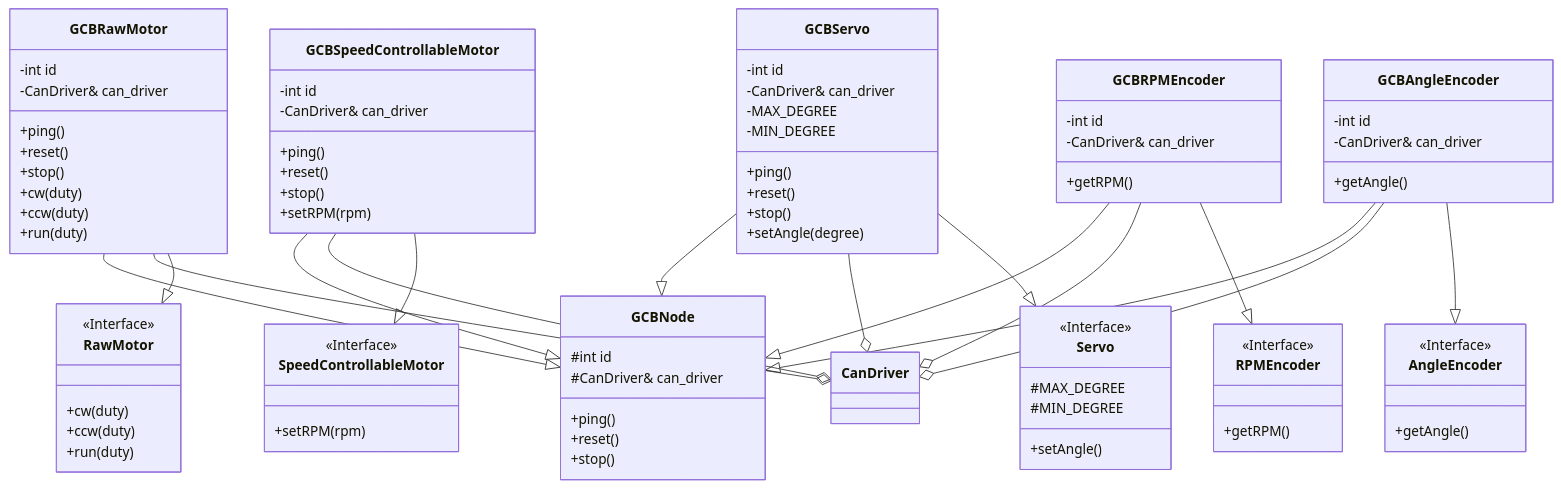
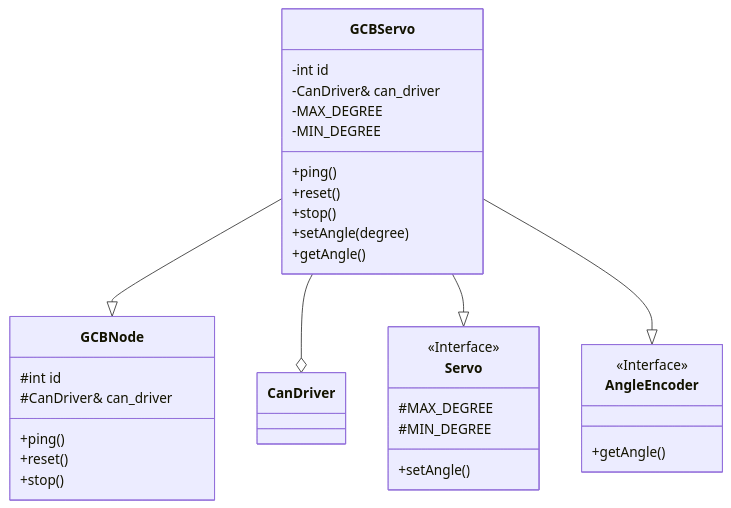
Before and after one commit to NiiRoboKen/general-circuit-board-master: the third of 4 diagrams in docs/class-design.md, drawn with Mermaid. The commit also changed other lines of this file, not shown here.

````diff
--- a/docs/class-design.md
+++ b/docs/class-design.md
@@ -5,35 +75,5 @@
 ```mermaid
 classDiagram
-
-class GCBNode {
-    #int id
-    #CanDriver& can_driver
-    +ping()
-    +reset()
-    +stop()
-}
-
-class CanDriver
-
-class GCBRawMotor {
-    -int id
-    -CanDriver& can_driver
-    +ping()
-    +reset()
-    +stop()
-    +cw(duty)
-    +ccw(duty)
-    +run(duty)
-}
-
-class GCBSpeedControllableMotor {
-    -int id
-    -CanDriver& can_driver
-    +ping()
-    +reset()
-    +stop()
-    +setRPM(rpm)
-}
 
 class GCBServo {
     -int id
@@ -44,30 +84,15 @@
     +reset()
     +stop()
     +setAngle(degree)
-}
-
-class GCBRPMEncoder {
-    -int id
-    -CanDriver& can_driver
-    +getRPM()
-}
-
-class GCBAngleEncoder {
-    -int id
-    -CanDriver& can_driver
     +getAngle()
 }
 
-class RawMotor {
-    <<Interface>>
-    +cw(duty)
-    +ccw(duty)
-    +run(duty)
-}
-
-class SpeedControllableMotor {
-    <<Interface>>
-    +setRPM(rpm)
+class GCBNode {
+    #int id
+    #CanDriver& can_driver
+    +ping()
+    +reset()
+    +stop()
 }
 
 class Servo {
@@ -77,30 +102,13 @@
     +setAngle()
 }
 
-class RPMEncoder {
-    <<Interface>>
-    +getRPM()
-}
-
 class AngleEncoder {
     <<Interface>>
     +getAngle()
 }
 
-GCBRawMotor --|> GCBNode
-GCBRawMotor --o CanDriver
-GCBRawMotor --|> RawMotor
-GCBSpeedControllableMotor --|> GCBNode
-GCBSpeedControllableMotor --o CanDriver
-GCBSpeedControllableMotor --|> SpeedControllableMotor
 GCBServo --|> GCBNode
 GCBServo --o CanDriver
 GCBServo --|> Servo
-GCBRPMEncoder --|> GCBNode
-GCBRPMEncoder --o CanDriver
-GCBRPMEncoder --|> RPMEncoder
-GCBAngleEncoder --|> GCBNode
-GCBAngleEncoder --o CanDriver
-GCBAngleEncoder --|> AngleEncoder
-
+GCBServo --|> AngleEncoder
 ```
````
